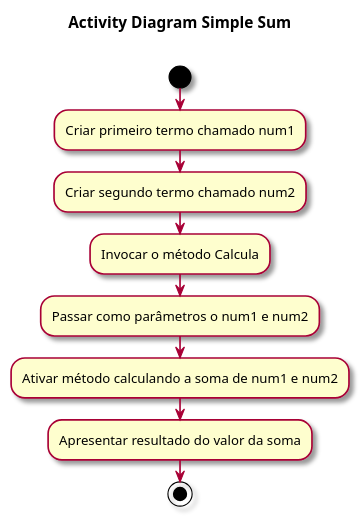
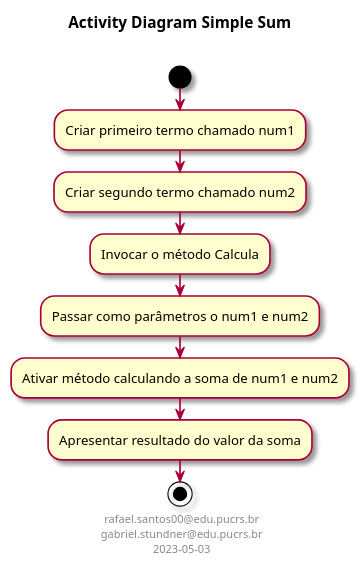
The diagram in Activity_Diagram.puml (F4NT0/BeeCrowdProblems), drawn with PlantUML before and after one commit.

```diff
--- a/Activity_Diagram.puml
+++ b/Activity_Diagram.puml
@@ -1,18 +1,24 @@
 @startuml
 
 skin rose
 
 title Activity Diagram Simple Sum \n
 
 start
 
 :Criar primeiro termo chamado num1;
 :Criar segundo termo chamado num2;
 :Invocar o método Calcula;
 :Passar como parâmetros o num1 e num2;
 :Ativar método calculando a soma de num1 e num2;
 :Apresentar resultado do valor da soma; 
 
 stop
 
+footer
+  rafael.santos00@edu.pucrs.br
+  gabriel.stundner@edu.pucrs.br
+  2023-05-03
+end footer
+
 @enduml
```
